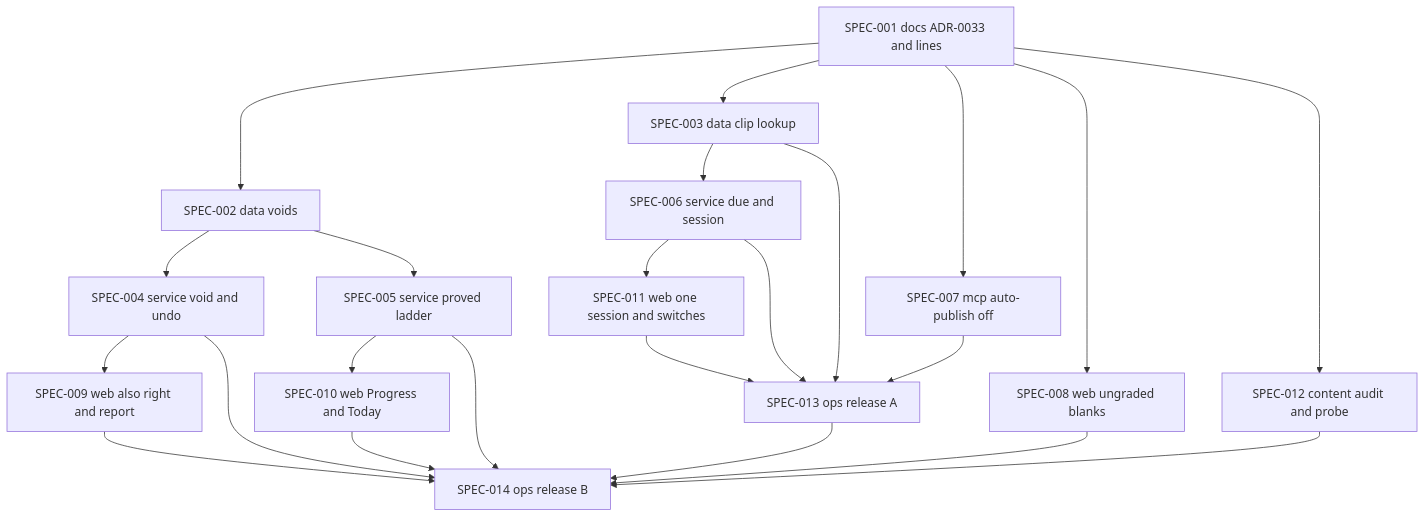
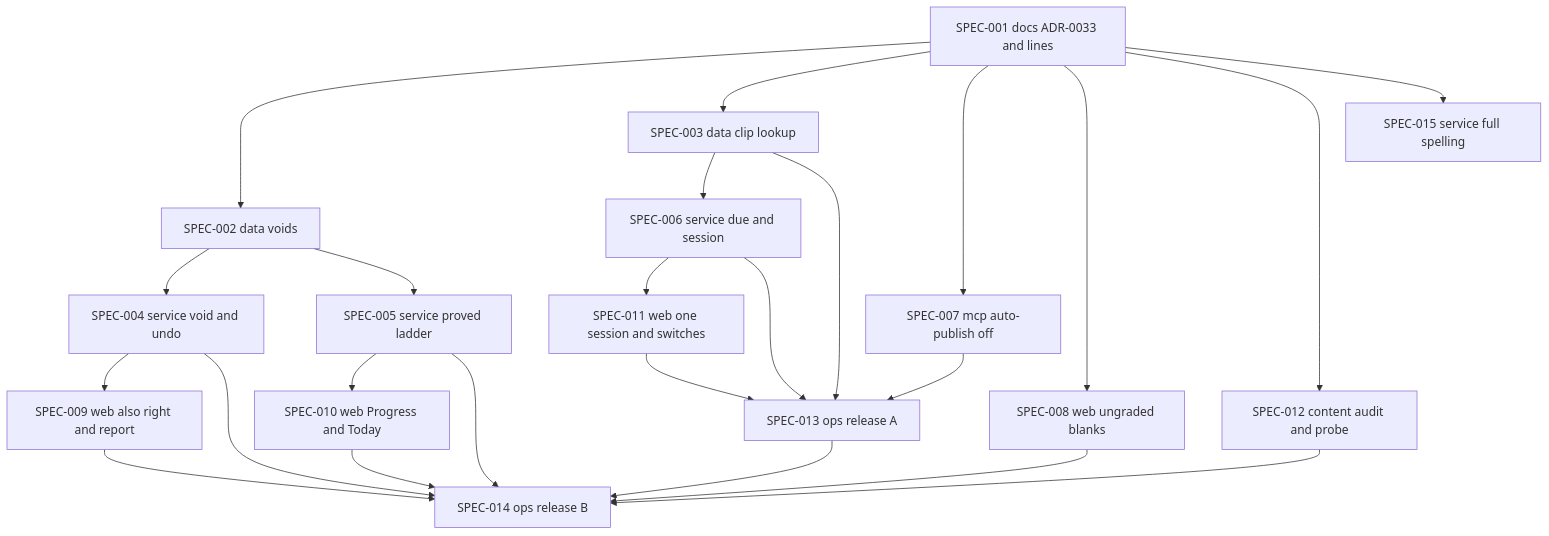
The diagram in sdd/initiatives/INIT-038-today-you-can-trust/INIT-038-today-you-can-trust-initiative.md (NetworkBuild3r/hebrew-lessons), drawn with Mermaid before and after one commit. The commit also changed other lines of this file and 187 other files, not shown here.

````diff
--- a/sdd/initiatives/INIT-038-today-you-can-trust/INIT-038-today-you-can-trust-initiative.md
+++ b/sdd/initiatives/INIT-038-today-you-can-trust/INIT-038-today-you-can-trust-initiative.md
@@ -72,25 +81,26 @@
 ```mermaid
 graph TD
     S1[SPEC-001 docs ADR-0033 and lines] --> S2[SPEC-002 data voids]
     S1 --> S3[SPEC-003 data clip lookup]
     S1 --> S7[SPEC-007 mcp auto-publish off]
     S1 --> S8[SPEC-008 web ungraded blanks]
     S1 --> S12[SPEC-012 content audit and probe]
     S2 --> S4[SPEC-004 service void and undo]
     S2 --> S5[SPEC-005 service proved ladder]
     S3 --> S6[SPEC-006 service due and session]
     S4 --> S9[SPEC-009 web also right and report]
     S5 --> S10[SPEC-010 web Progress and Today]
     S6 --> S11[SPEC-011 web one session and switches]
     S3 --> S13[SPEC-013 ops release A]
     S6 --> S13
     S7 --> S13
     S11 --> S13
     S4 --> S14[SPEC-014 ops release B]
     S5 --> S14
     S8 --> S14
     S9 --> S14
     S10 --> S14
     S12 --> S14
     S13 --> S14
+    S1 --> S15[SPEC-015 service full spelling]
 ```
````
